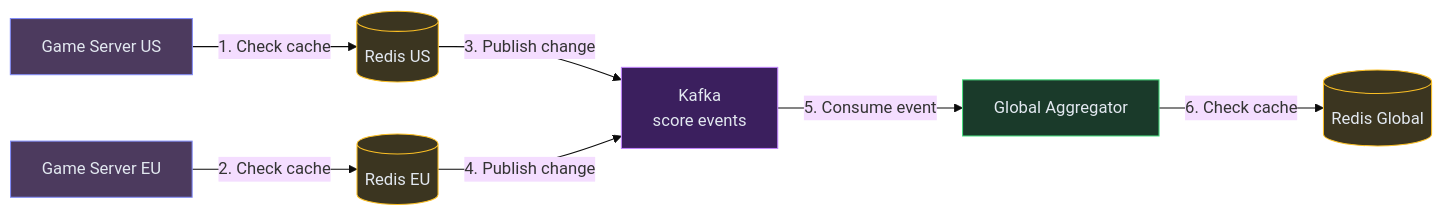
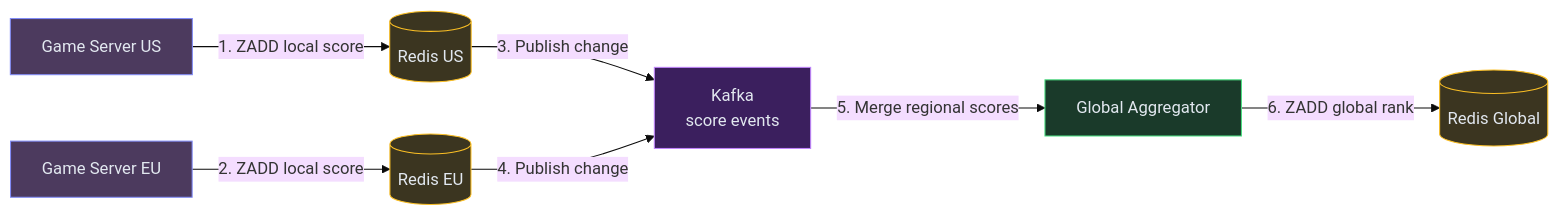
Before and after one commit to iluzn/HLD-Designs: the sixth of 7 diagrams in content/hld/Leaderboard.md, drawn with Mermaid (base theme). The commit also changed other lines of this file and 27 other files, not shown here.

````diff
--- a/content/hld/Leaderboard.md
+++ b/content/hld/Leaderboard.md
@@ -297,22 +297,22 @@
 ```mermaid
 flowchart LR
     G1["Game Server US"]:::client
     G2["Game Server EU"]:::client
     R1[("Redis US")]:::data
     R2[("Redis EU")]:::data
     K["Kafka<br/>score events"]:::async
     AGG["Global Aggregator"]:::service
     RG[("Redis Global")]:::data
 
-    G1 -->|"1. Check cache"| R1
-    G2 -->|"2. Check cache"| R2
+    G1 -->|"1. ZADD local score"| R1
+    G2 -->|"2. ZADD local score"| R2
     R1 -->|"3. Publish change"| K
     R2 -->|"4. Publish change"| K
-    K -->|"5. Consume event"| AGG
-    AGG -->|"6. Check cache"| RG
+    K -->|"5. Merge regional scores"| AGG
+    AGG -->|"6. ZADD global rank"| RG
 
     classDef client fill:#4c3a5e,stroke:#818cf8,color:#e2e8f0
     classDef service fill:#1a3a2a,stroke:#4ade80,color:#e2e8f0
     classDef data fill:#3b3520,stroke:#fbbf24,color:#e2e8f0
     classDef async fill:#3b1f5e,stroke:#c084fc,color:#e2e8f0
 ```
````
